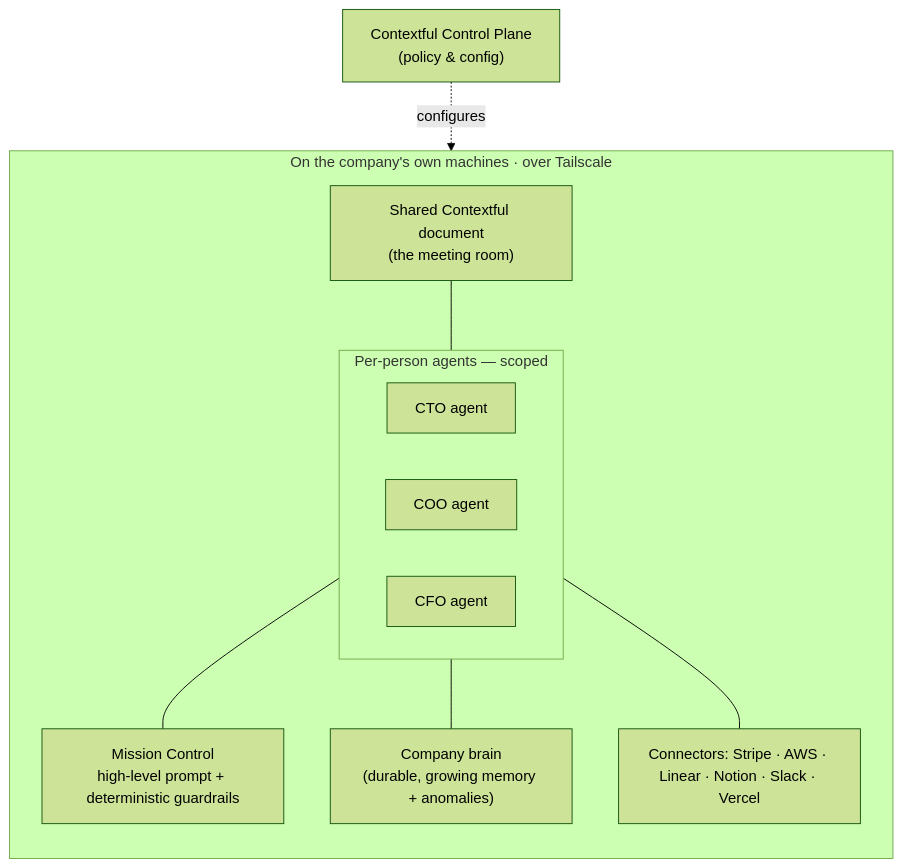
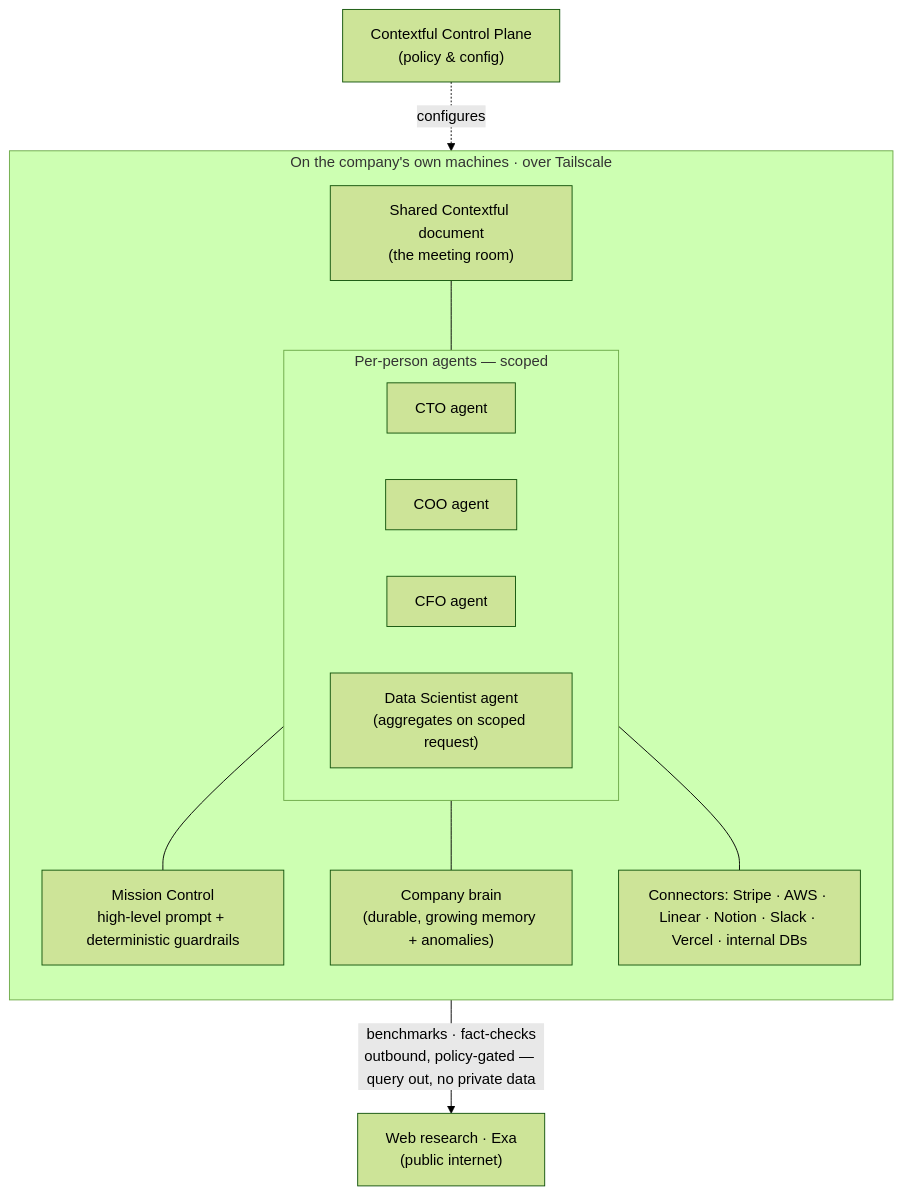
Before and after one commit to fractalboxdev/superai2026: the fifth of 6 diagrams in PRESENTATION.md, drawn with Mermaid (forest theme). The commit also changed other lines of this file and 1 other file, not shown here.

First line of the commit message:
Presentation: add Data Scientist persona + web research (Exa)

````diff
--- a/PRESENTATION.md
+++ b/PRESENTATION.md
@@ -210,20 +258,23 @@
 ```mermaid
 flowchart TD
     subgraph OnPrem["On the company's own machines · over Tailscale"]
         direction TB
         Doc["Shared Contextful document<br/>(the meeting room)"]
         subgraph Agents["Per-person agents — scoped"]
             CTOa["CTO agent"]
             COOa["COO agent"]
             CFOa["CFO agent"]
+            DSa["Data Scientist agent<br/>(aggregates on scoped request)"]
         end
         MC["Mission Control<br/>high-level prompt + deterministic guardrails"]
         Brain["Company brain<br/>(durable, growing memory + anomalies)"]
-        Conn["Connectors: Stripe · AWS · Linear · Notion · Slack · Vercel"]
+        Conn["Connectors: Stripe · AWS · Linear · Notion · Slack · Vercel · internal DBs"]
         Doc --- Agents
         Agents --- MC
         Agents --- Brain
         Agents --- Conn
     end
+    Web["Web research · Exa<br/>(public internet)"]
+    Agents -->|"benchmarks · fact-checks<br/>outbound, policy-gated — query out, no private data"| Web
     CP["Contextful Control Plane<br/>(policy & config)"] -.->|configures| MC
 ```
````
